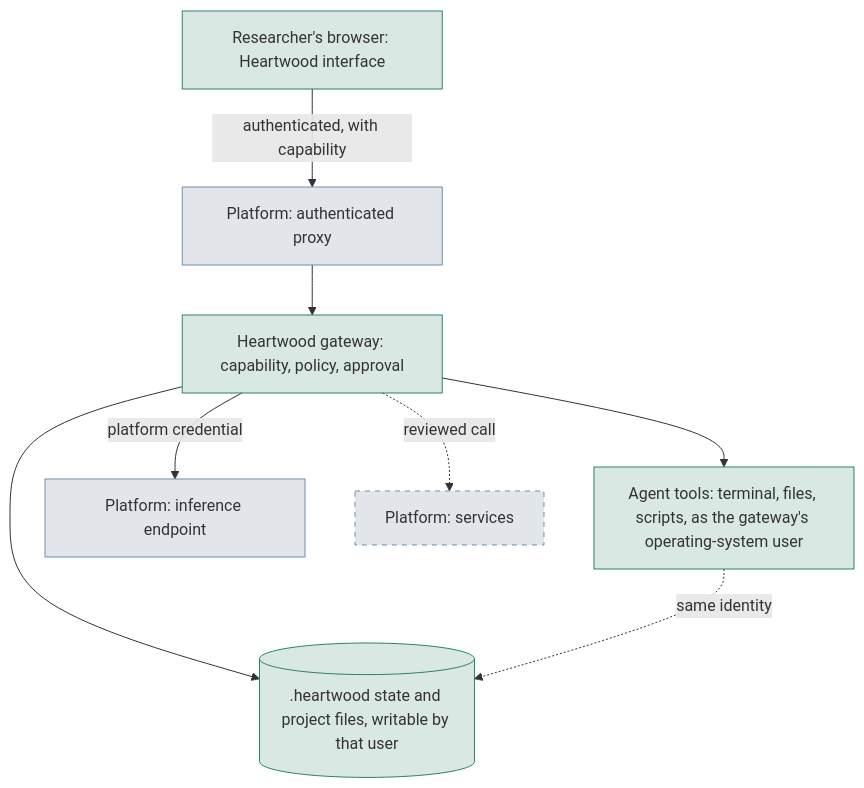
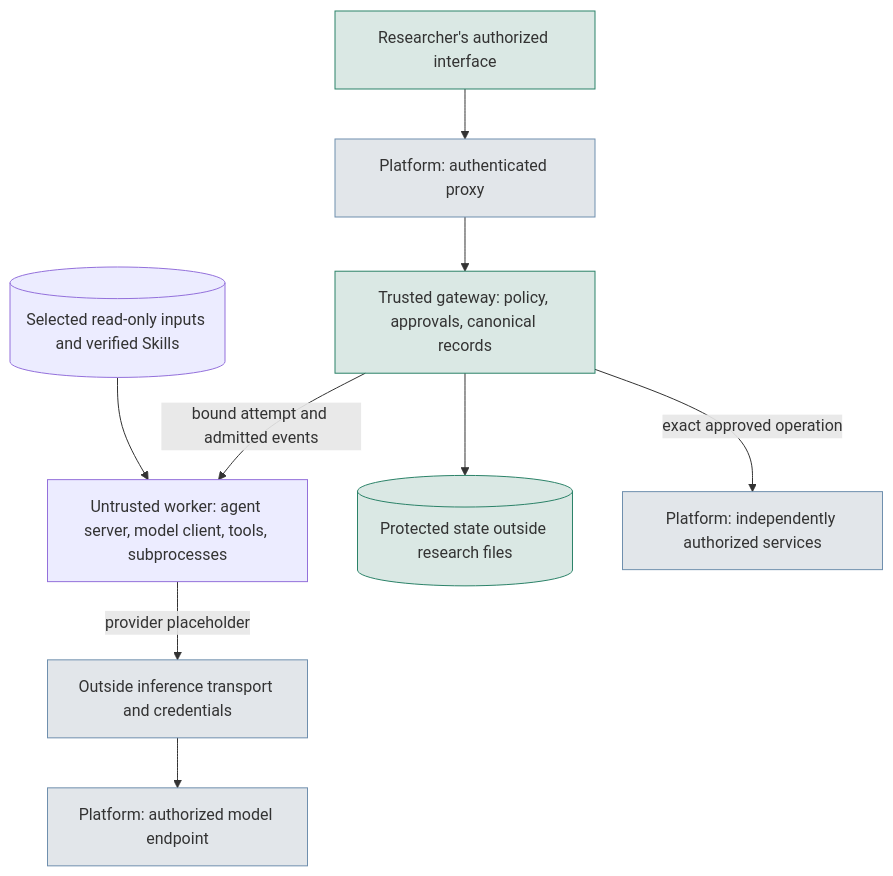
Before and after one commit to SchmiedmayerLab/heartwood: the sixth of 6 diagrams in documentation/operate/platform-contract.md, drawn with Mermaid. The commit also changed other lines of this file and 18 other files, not shown here.

````diff
--- a/documentation/operate/platform-contract.md
+++ b/documentation/operate/platform-contract.md
@@ -761,22 +776,22 @@
 ```mermaid
 flowchart TB
-    UI["Researcher's browser: Heartwood interface"]
+    UI["Researcher's authorized interface"]
     Proxy["Platform: authenticated proxy"]
-    Gateway["Heartwood gateway: capability, policy, approval"]
-    Tools["Agent tools: terminal, files, scripts, as the gateway's operating-system user"]
-    State[(".heartwood state and project files, writable by that user")]
-    Inference["Platform: inference endpoint"]
-    Services["Platform: services"]
-    UI -- "authenticated, with capability" --> Proxy --> Gateway
-    Gateway --> Tools
+    Gateway["Trusted gateway: policy, approvals, canonical records"]
+    Worker["Untrusted worker: agent server, model client, tools, subprocesses"]
+    State[("Protected state outside research files")]
+    Inputs[("Selected read-only inputs and verified Skills")]
+    Transport["Outside inference transport and credentials"]
+    Inference["Platform: authorized model endpoint"]
+    Services["Platform: independently authorized services"]
+    UI --> Proxy --> Gateway
+    Gateway -- "bound attempt and admitted events" --> Worker
     Gateway --> State
-    Tools -. "same identity" .-> State
-    Gateway -- "platform credential" --> Inference
-    Gateway -. "reviewed call" .-> Services
-    classDef heartwood fill:#0b694d26,stroke:#2b8268
+    Inputs --> Worker
+    Worker -- "provider placeholder" --> Transport --> Inference
+    Gateway -- "exact approved operation" --> Services
+    classDef trusted fill:#0b694d26,stroke:#2b8268
     classDef platform fill:#3f5b7426,stroke:#6f8fae
-    classDef planned stroke-dasharray: 5 5
-    class UI,Gateway,Tools,State heartwood
-    class Proxy,Inference,Services platform
-    class Services planned
+    class UI,Gateway,State trusted
+    class Proxy,Transport,Inference,Services platform
 ```
````
